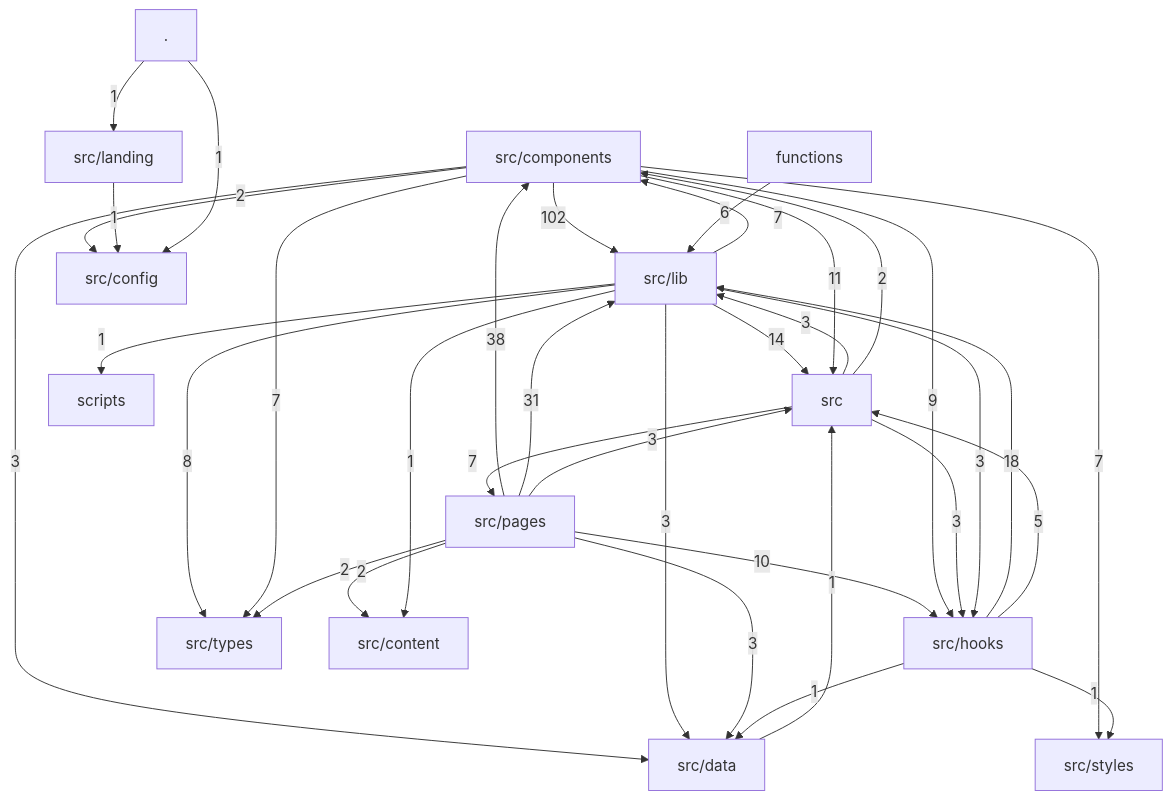
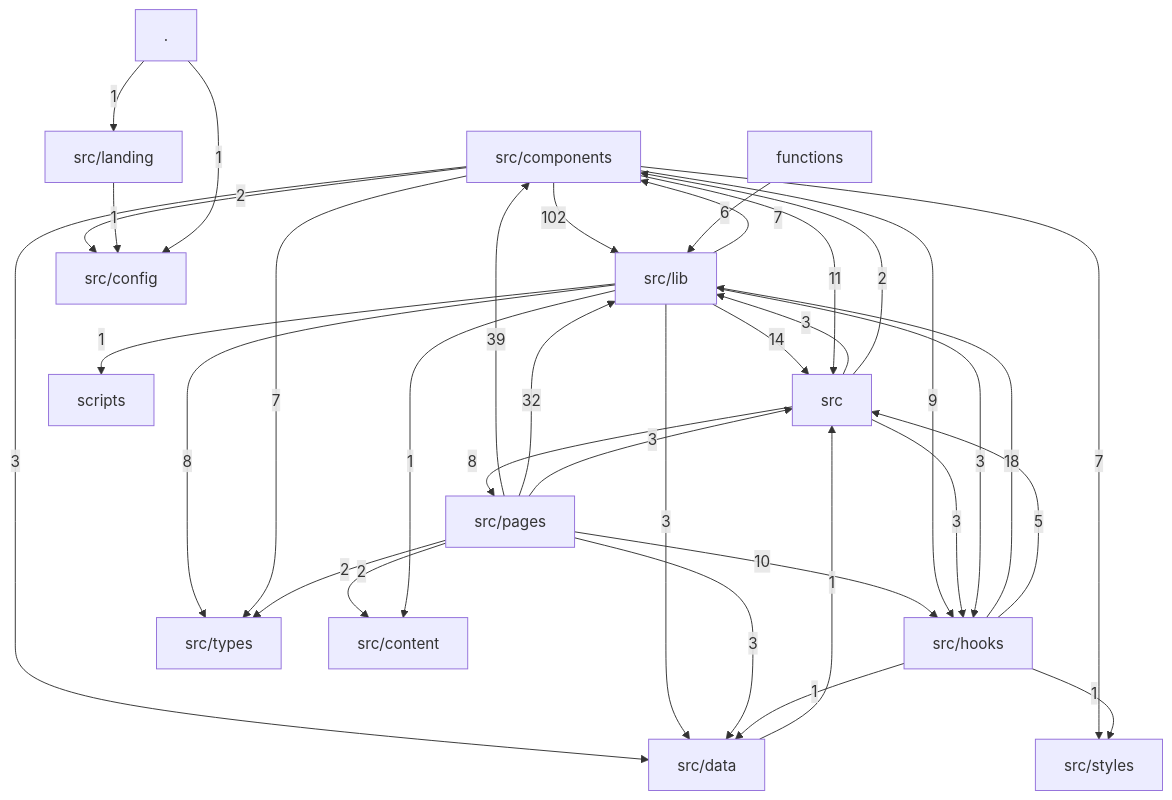
Before and after one commit to Sheshiyer/urania-137: the diagram in docs/architecture/DEPENDENCY-GRAPH.md, drawn with Mermaid. The commit also changed other lines of this file and 21 other files, not shown here.

````diff
--- a/docs/architecture/DEPENDENCY-GRAPH.md
+++ b/docs/architecture/DEPENDENCY-GRAPH.md
@@ -8,37 +8,37 @@
 ```mermaid
 graph TD
   src_components["src/components"] -->|102| src_lib["src/lib"]
-  src_pages["src/pages"] -->|38| src_components["src/components"]
-  src_pages["src/pages"] -->|31| src_lib["src/lib"]
+  src_pages["src/pages"] -->|39| src_components["src/components"]
+  src_pages["src/pages"] -->|32| src_lib["src/lib"]
   src_hooks["src/hooks"] -->|18| src_lib["src/lib"]
   src_lib["src/lib"] -->|14| src["src"]
   src_components["src/components"] -->|11| src["src"]
   src_pages["src/pages"] -->|10| src_hooks["src/hooks"]
   src_components["src/components"] -->|9| src_hooks["src/hooks"]
+  src["src"] -->|8| src_pages["src/pages"]
   src_lib["src/lib"] -->|8| src_types["src/types"]
-  src["src"] -->|7| src_pages["src/pages"]
   src_components["src/components"] -->|7| src_types["src/types"]
   src_components["src/components"] -->|7| src_styles["src/styles"]
   src_lib["src/lib"] -->|7| src_components["src/components"]
   functions["functions"] -->|6| src_lib["src/lib"]
   src_hooks["src/hooks"] -->|5| src["src"]
   src["src"] -->|3| src_hooks["src/hooks"]
   src["src"] -->|3| src_lib["src/lib"]
   src_components["src/components"] -->|3| src_data["src/data"]
   src_lib["src/lib"] -->|3| src_data["src/data"]
   src_lib["src/lib"] -->|3| src_hooks["src/hooks"]
   src_pages["src/pages"] -->|3| src_data["src/data"]
   src_pages["src/pages"] -->|3| src["src"]
   src["src"] -->|2| src_components["src/components"]
   src_components["src/components"] -->|2| src_config["src/config"]
   src_pages["src/pages"] -->|2| src_content["src/content"]
   src_pages["src/pages"] -->|2| src_types["src/types"]
   src_data["src/data"] -->|1| src["src"]
   src_hooks["src/hooks"] -->|1| src_data["src/data"]
   src_hooks["src/hooks"] -->|1| src_styles["src/styles"]
   src_landing["src/landing"] -->|1| src_config["src/config"]
   src_lib["src/lib"] -->|1| scripts["scripts"]
   src_lib["src/lib"] -->|1| src_content["src/content"]
   _["."] -->|1| src_config["src/config"]
   _["."] -->|1| src_landing["src/landing"]
 ```
````
